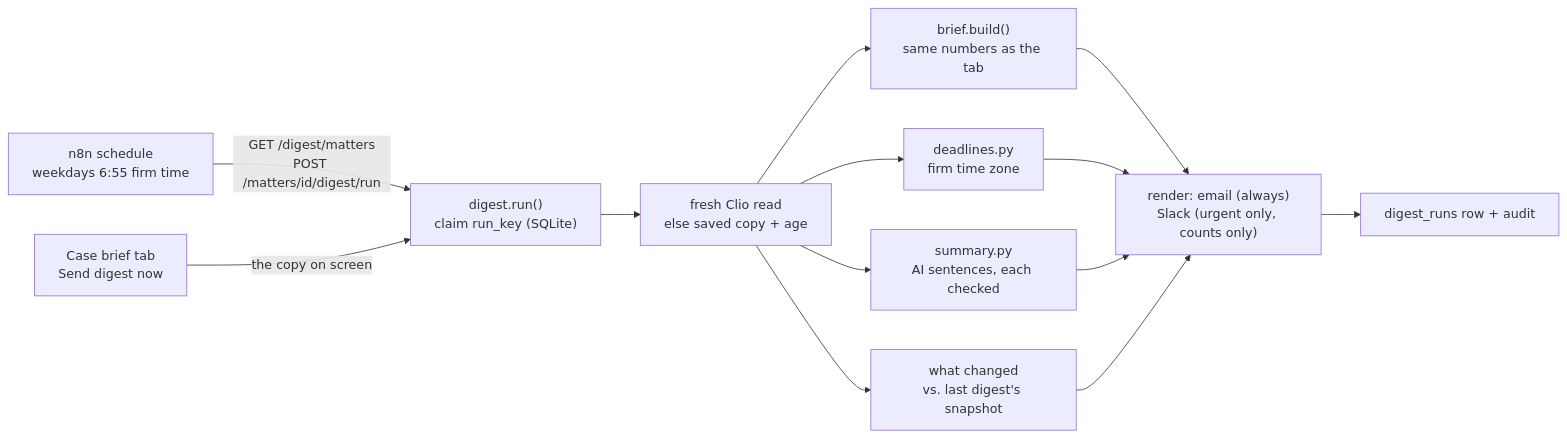
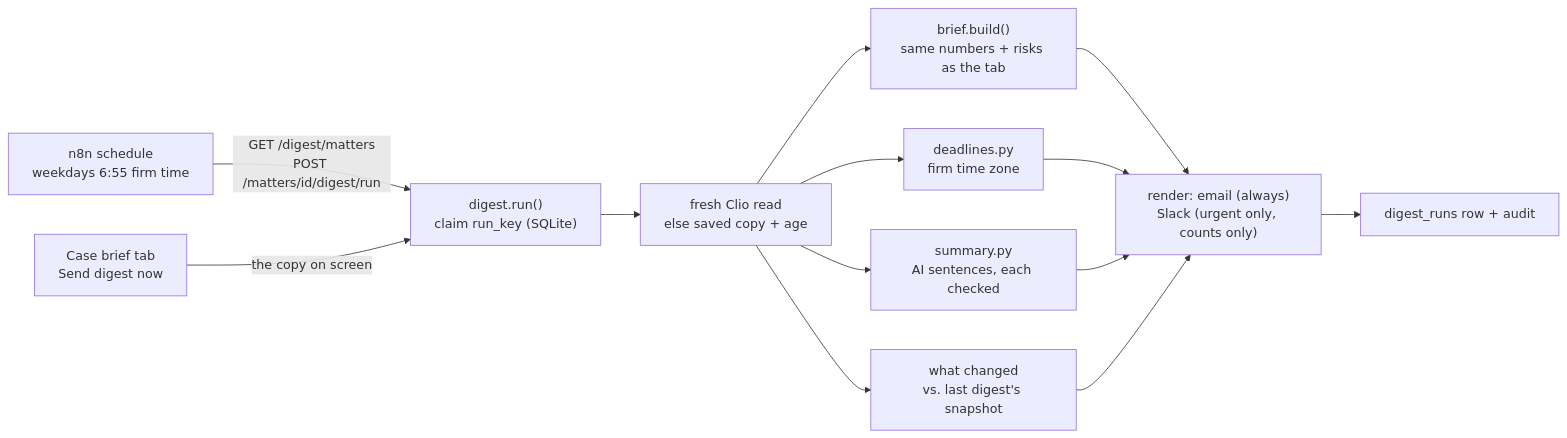
Before and after one commit to simran-malik/lawmonade: the second of 2 diagrams in ARCHITECTURE.md, drawn with Mermaid. The commit also changed other lines of this file and 7 other files, not shown here.

````diff
--- a/ARCHITECTURE.md
+++ b/ARCHITECTURE.md
@@ -103,12 +103,12 @@
 ```mermaid
 flowchart LR
   CRON["n8n schedule<br/>weekdays 6:55 firm time"] -->|"GET /digest/matters<br/>POST /matters/id/digest/run"| RUN
   BTN["Case brief tab<br/>Send digest now"] -->|"the copy on screen"| RUN
   RUN["digest.run()<br/>claim run_key (SQLite)"] --> LOAD["fresh Clio read<br/>else saved copy + age"]
-  LOAD --> B["brief.build()<br/>same numbers as the tab"]
+  LOAD --> B["brief.build()<br/>same numbers + risks as the tab"]
   LOAD --> D["deadlines.py<br/>firm time zone"]
   LOAD --> S["summary.py<br/>AI sentences, each checked"]
   LOAD --> C["what changed<br/>vs. last digest's snapshot"]
   B & D & S & C --> R["render: email (always)<br/>Slack (urgent only, counts only)"]
   R --> OUT["digest_runs row + audit"]
 ```
````
